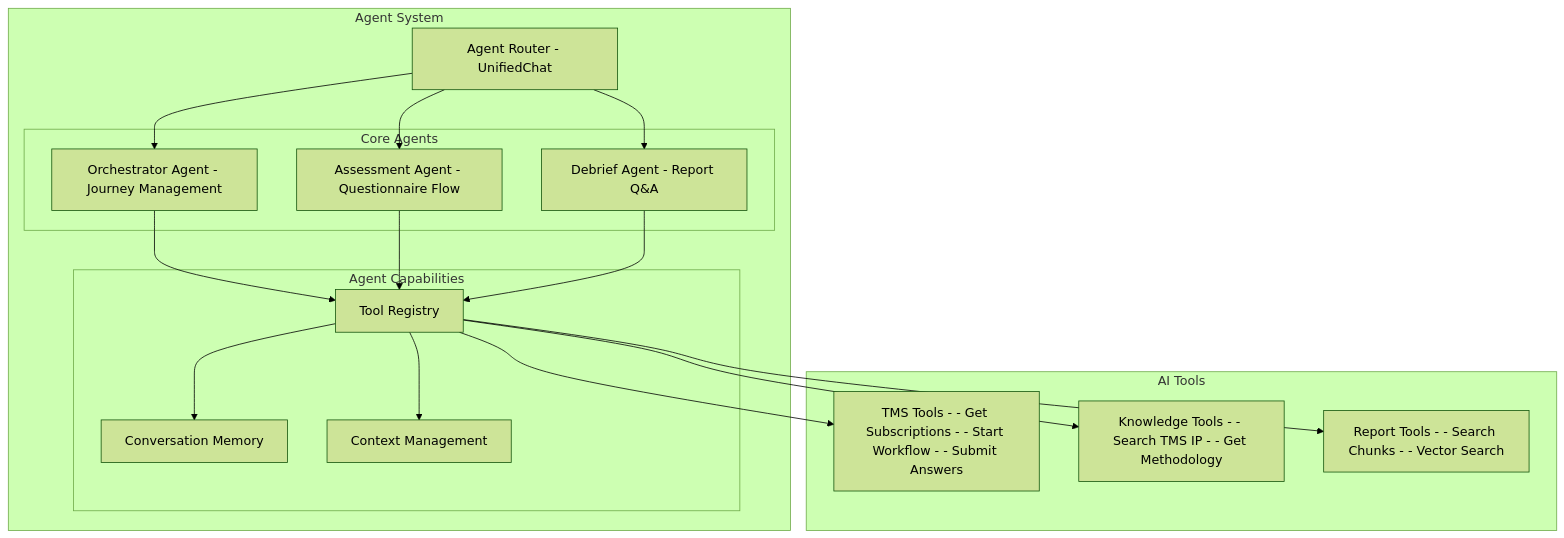
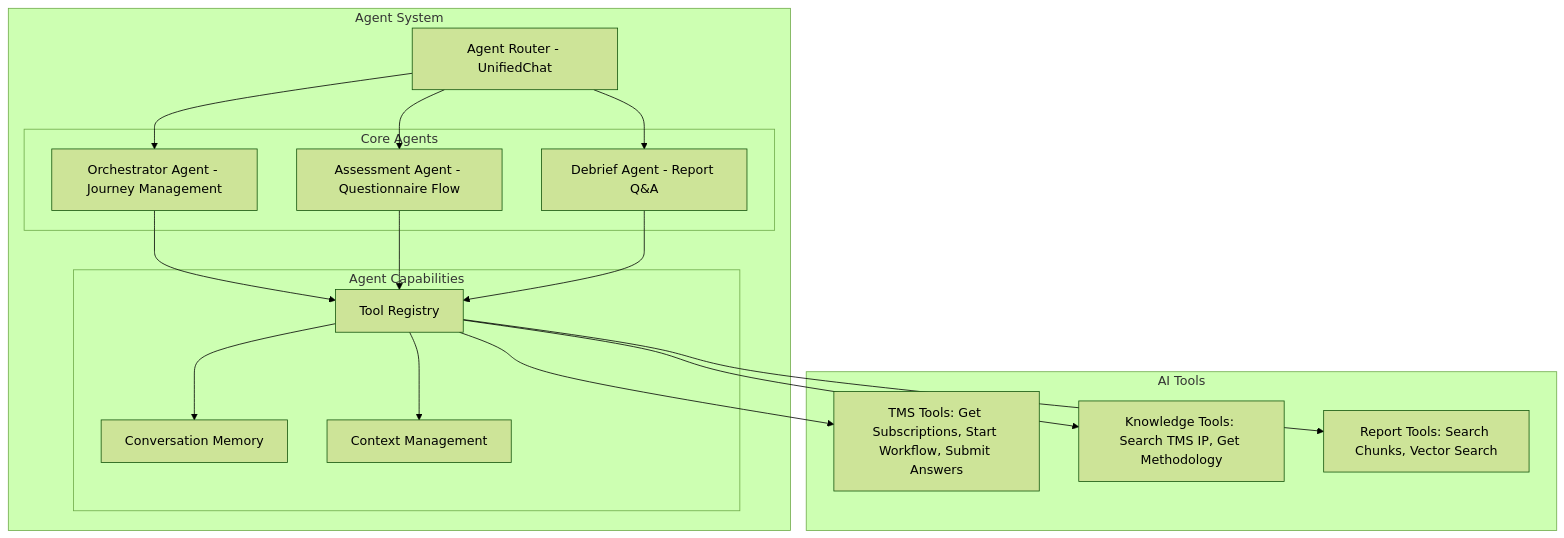
Before and after one commit to tmscoach/teamOS-Agents-Demo: the fifth of 11 diagrams in docs/tms-api-spec/SYSTEM-ARCHITECTURE.md, drawn with Mermaid (forest theme). The commit also changed other lines of this file, not shown here.

Commit message:
fix: Remove double dashes causing Mermaid list errors
- Replace ' - - ' patterns with commas or colons
- Fixes 'Unsupported markdown: list' error

🤖 Generated with Claude Code

````diff
--- a/docs/tms-api-spec/SYSTEM-ARCHITECTURE.md
+++ b/docs/tms-api-spec/SYSTEM-ARCHITECTURE.md
@@ -201,39 +201,39 @@
 ```mermaid
 graph TD
     subgraph "Agent System"
         Router[Agent Router - UnifiedChat]
         
         subgraph "Core Agents"
             Orch[Orchestrator Agent - Journey Management]
             Assess[Assessment Agent - Questionnaire Flow]
             Debrief[Debrief Agent - Report Q&A]
         end
         
         subgraph "Agent Capabilities"
             Tools[Tool Registry]
             Memory[Conversation Memory]
             Context[Context Management]
         end
     end
     
     subgraph "AI Tools"
-        TMSTools[TMS Tools - - Get Subscriptions - - Start Workflow - - Submit Answers]
-        KBTools[Knowledge Tools - - Search TMS IP - - Get Methodology]
-        ReportTools[Report Tools - - Search Chunks - - Vector Search]
+        TMSTools[TMS Tools: Get Subscriptions, Start Workflow, Submit Answers]
+        KBTools[Knowledge Tools: Search TMS IP, Get Methodology]
+        ReportTools[Report Tools: Search Chunks, Vector Search]
     end
     
     Router --> Orch
     Router --> Assess
     Router --> Debrief
     
     Orch --> Tools
     Assess --> Tools
     Debrief --> Tools
     
     Tools --> TMSTools
     Tools --> KBTools
     Tools --> ReportTools
     
     Tools --> Memory
     Tools --> Context
 ```
````
